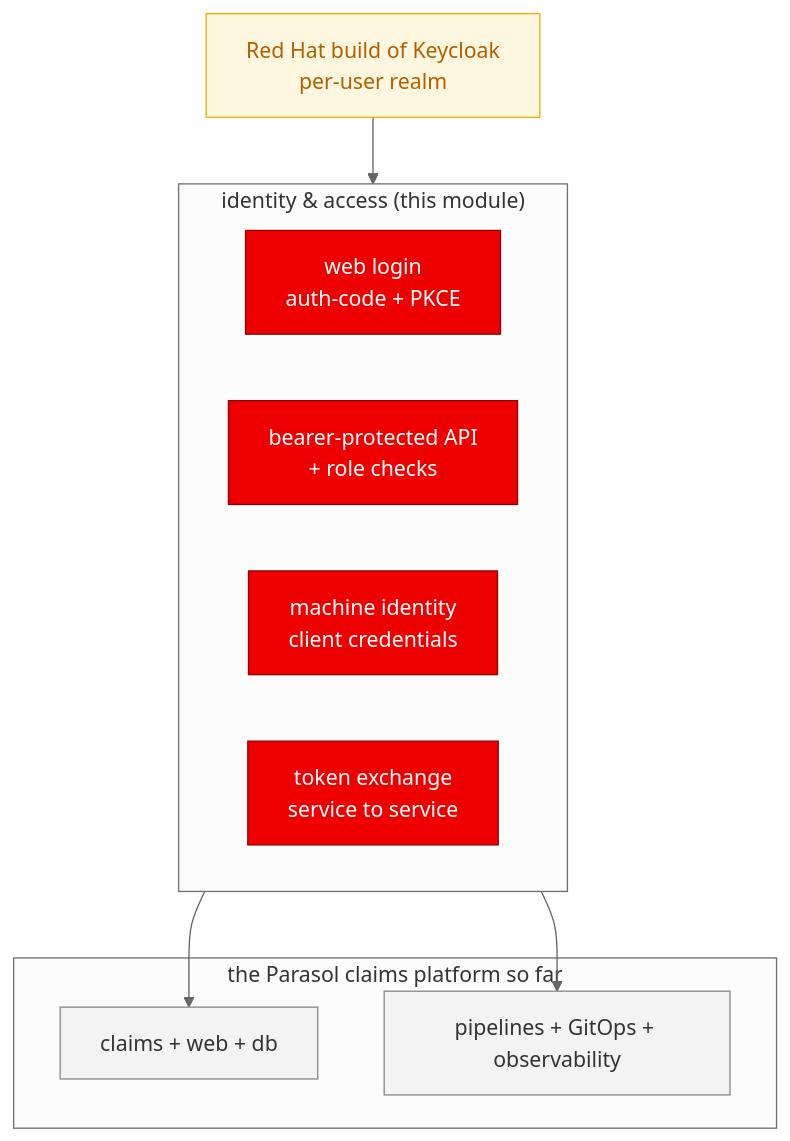
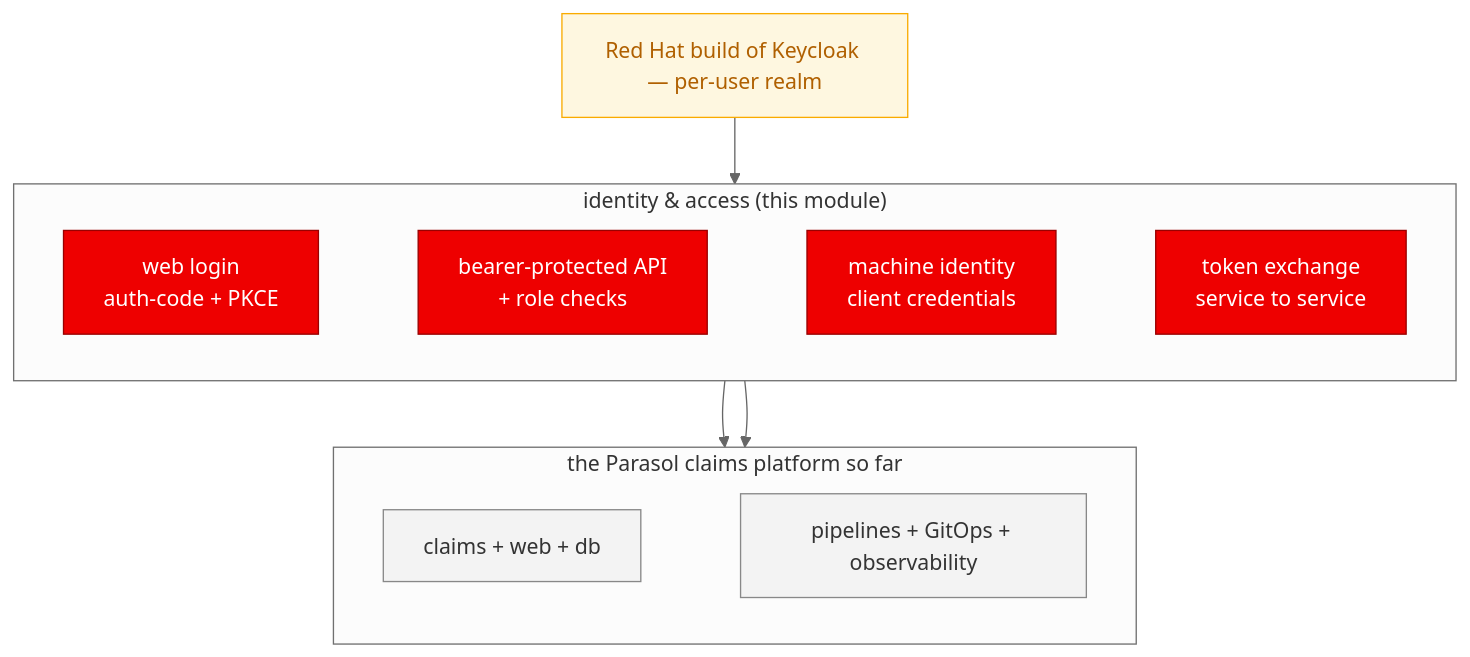
One commit to serhat-dirik/OCP-Getting-Started-Revamped changed the diagram in content/modules/ROOT/examples/diagrams/securing-apps-keycloak/04-security-layer.mmd. Above: the diagram before and after it, drawn with Mermaid (neutral theme). The commit also changed 59 other files, not shown here.

```diff
--- a/content/modules/ROOT/examples/diagrams/securing-apps-keycloak/04-security-layer.mmd
+++ b/content/modules/ROOT/examples/diagrams/securing-apps-keycloak/04-security-layer.mmd
@@ -1,21 +1,35 @@
+%% The security layer over the Parasol platform — Securing Apps with Keycloak.
+%% Keycloak backs this module's four identity/access controls (SEC), which sit in front of the
+%% Parasol platform built in earlier modules (app + delivery layers, greyed out, PLAT).
+%% Resized 2026-08-22: was 535x740 (rendered 900x1245, text at 1.68x) — narrow-tall from stacking
+%% subgraph children with no `direction LR`. Fix: `direction LR` + `~~~` per subgraph, same idiom as
+%% the build-deliver platform-accretion diagrams.
+%% Tuned again 2026-08-22: closest of the batch but still 900x549 @1.12x (aspect 0.61 vs the 0.55
+%% target). KC is a standalone node alone on its own rank above SEC, so its own two-line height sets
+%% that whole rank's height. Collapsed KC's label to one line (same words, `<br/>` swapped for an
+%% em dash) to shave that rank down. No edges, other labels, or subgraph layout touched.
 flowchart TB
   subgraph SEC["identity & access (this module)"]
+    direction LR
     LOGIN[web login<br/>auth-code + PKCE]
     API[bearer-protected API<br/>+ role checks]
     M2M[machine identity<br/>client credentials]
     EXCH[token exchange<br/>service to service]
+    LOGIN ~~~ API ~~~ M2M ~~~ EXCH
   end
   subgraph PLAT["the Parasol claims platform so far"]
+    direction LR
     APP[claims + web + db]
     DEL[pipelines + GitOps + observability]
+    APP ~~~ DEL
   end
-  KC[Red Hat build of Keycloak<br/>per-user realm]
+  KC[Red Hat build of Keycloak — per-user realm]
   KC --> SEC
   SEC --> APP
   SEC --> DEL
   classDef hi fill:#e00,stroke:#900,color:#fff;
   classDef plat fill:#f3f3f3,stroke:#888,color:#333;
   classDef kc fill:#fef7e0,stroke:#f9ab00,color:#b06000;
   class LOGIN,API,M2M,EXCH hi;
   class APP,DEL plat;
   class KC kc;
```
